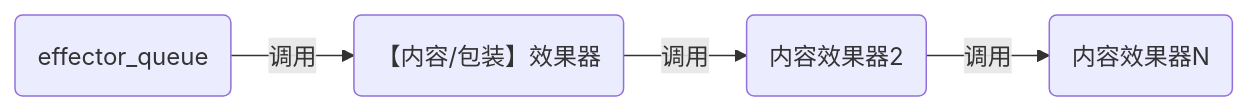
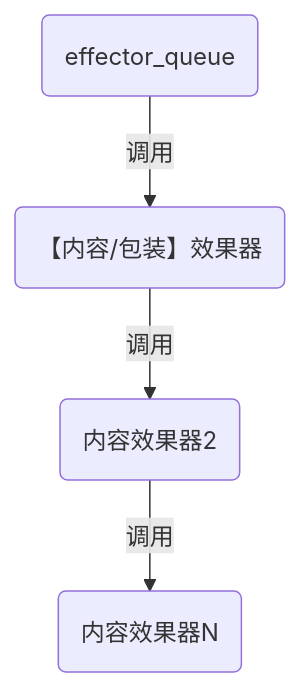
Before and after one commit to zheng-dev/zheng-dev.github.io: the diagram in a.md, drawn with Mermaid. The commit also changed other lines of this file and 4 other files, not shown here.

````diff
--- a/a.md
+++ b/a.md
@@ -43,4 +43,4 @@
 ```mermaid
-graph LR
+graph TD
 eq("effector_queue")--"调用"-->eTxt1("【内容/包装】效果器")--"调用"-->eTxt2("内容效果器2")--"调用"-->eTxt3("内容效果器N")
 ```
````
